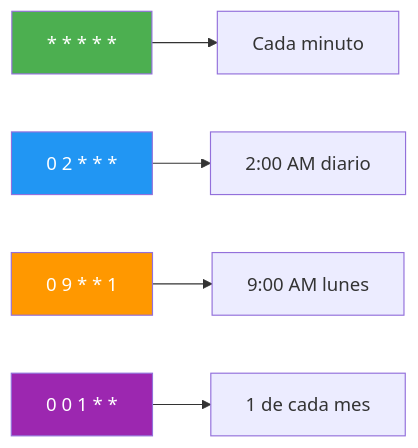
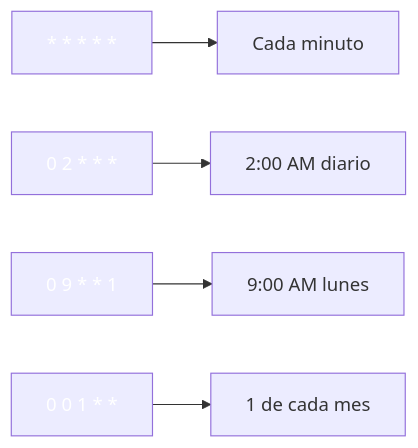
Before and after one commit to joseluisgs/DesarrolloWebEntornosServidor-02-2026-2027: the third of 4 diagrams in 22-tareas-programadas.md, drawn with Mermaid. The commit also changed other lines of this file and 41 other files, not shown here.

````diff
--- a/22-tareas-programadas.md
+++ b/22-tareas-programadas.md
@@ -487,11 +487,11 @@
 ```mermaid
 flowchart LR
     A["* * * * *"] --> B["Cada minuto"]
     C["0 2 * * *"] --> D["2:00 AM diario"]
     E["0 9 * * 1"] --> F["9:00 AM lunes"]
     G["0 0 1 * *"] --> H["1 de cada mes"]
-    style A fill:#4CAF50,color:#fff
-    style C fill:#2196F3,color:#fff
-    style E fill:#FF9800,color:#fff
-    style G fill:#9C27B0,color:#fff
+    style A fill:#4CAF5,color:#fff0,color:#fff
+    style C fill:#2196F,color:#fff3,color:#fff
+    style E fill:#FF980,color:#fff0,color:#fff
+    style G fill:#9C27B,color:#fff0,color:#fff
 ```
````
